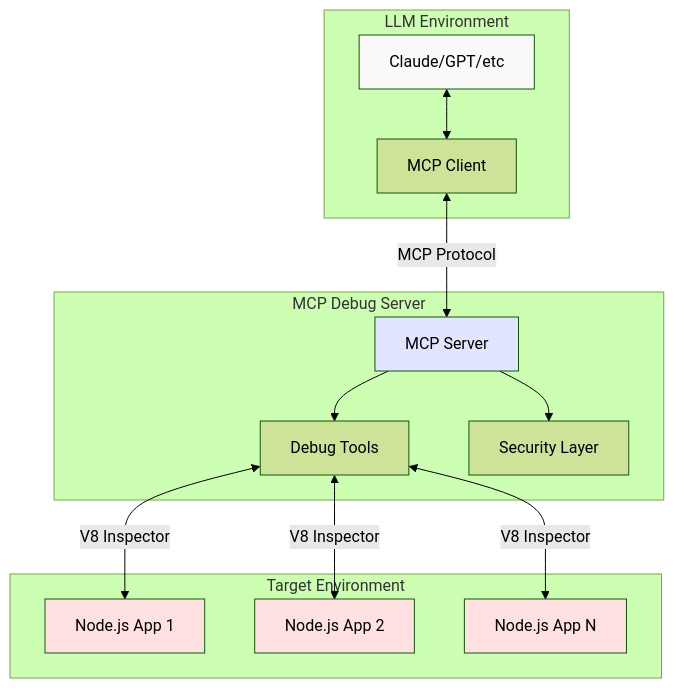
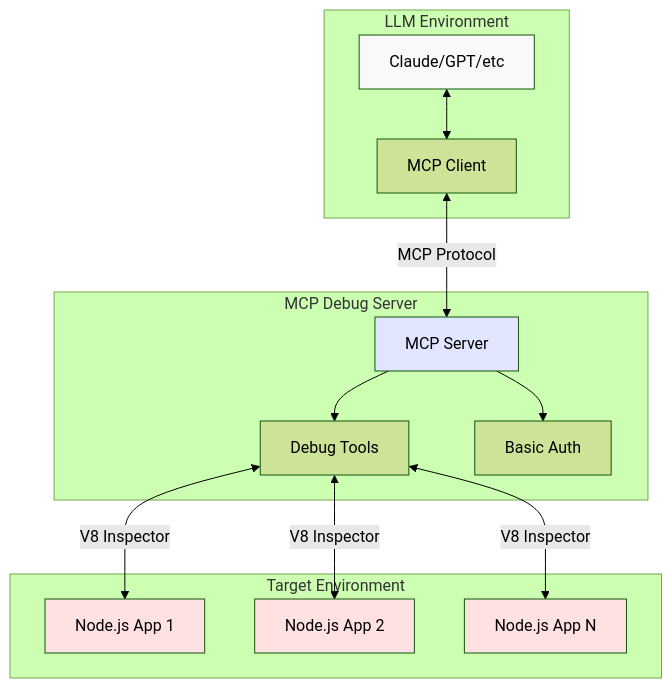
The first of 8 diagrams in ee/docs/plans/2025-07-30-v8-inspector-mcp-debugger.md (Nine-Minds/alga-psa), drawn with Mermaid (forest theme) before and after one commit. The commit also changed other lines of this file and 10 other files, not shown here.

````diff
--- a/ee/docs/plans/2025-07-30-v8-inspector-mcp-debugger.md
+++ b/ee/docs/plans/2025-07-30-v8-inspector-mcp-debugger.md
@@ -20,33 +21,33 @@
 ```mermaid
 flowchart TB
     subgraph "LLM Environment"
         CLAUDE[Claude/GPT/etc]
         MCPC[MCP Client]
     end
     
     subgraph "MCP Debug Server"
         MCPS[MCP Server]
         TOOLS[Debug Tools]
-        SEC[Security Layer]
+        AUTH[Basic Auth]
     end
     
     subgraph "Target Environment"
         APP1[Node.js App 1]
         APP2[Node.js App 2]
         APP3[Node.js App N]
     end
     
     CLAUDE <--> MCPC
     MCPC <-->|MCP Protocol| MCPS
     MCPS --> TOOLS
-    MCPS --> SEC
+    MCPS --> AUTH
     TOOLS <-->|V8 Inspector| APP1
     TOOLS <-->|V8 Inspector| APP2
     TOOLS <-->|V8 Inspector| APP3
     
     style CLAUDE fill:#f9f9f9
     style MCPS fill:#e1e5ff
     style APP1 fill:#ffe1e1
     style APP2 fill:#ffe1e1
     style APP3 fill:#ffe1e1
 ```
````
